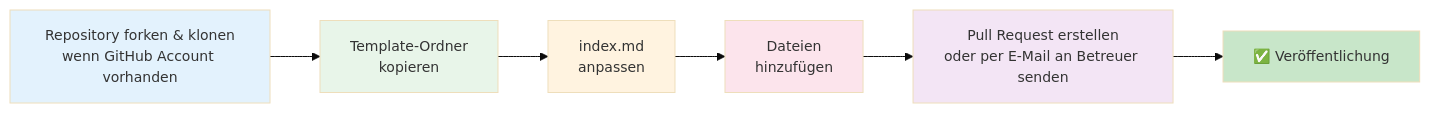
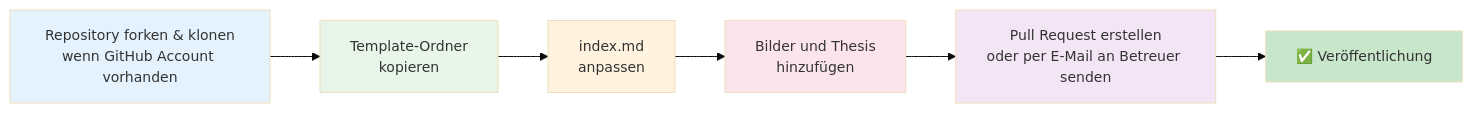
Before and after one commit to th-koeln/mi-bachelor-abschlussarbeiten: the diagram in README.md, drawn with Mermaid.

Commit message:
Update flowchart to specify adding images and thesis

````diff
--- a/README.md
+++ b/README.md
@@ -9,16 +9,16 @@
 ```mermaid
 %%{init: {'theme':'base', 'themeVariables': { 'fontSize':'14px'}}}%%
 flowchart LR
     A[Repository forken & klonen<br/>wenn GitHub Account vorhanden] --> B[Template-Ordner<br/>kopieren]
     B --> C[index.md<br/>anpassen]
-    C --> D[Dateien<br/>hinzufügen]
+    C --> D[Bilder und Thesis<br/>hinzufügen]
     D --> E[Pull Request erstellen<br/>oder per E-Mail an Betreuer senden]
     E --> F[✅ Veröffentlichung]
     
     style A fill:#e3f2fd
     style B fill:#e8f5e9
     style C fill:#fff3e0
     style D fill:#fce4ec
     style E fill:#f3e5f5
     style F fill:#c8e6c9
 ```
````
